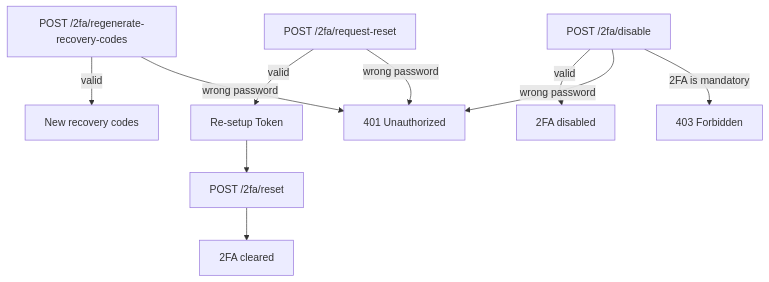
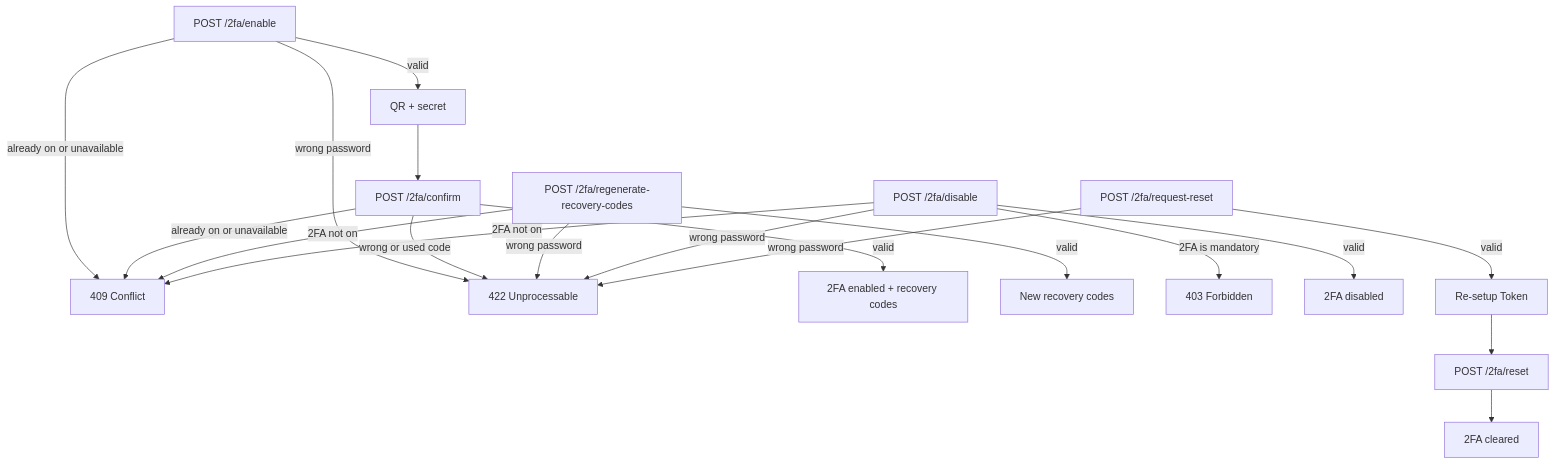
The second of 2 diagrams in docs/google-2fa.md (Light-it-labs/lightit-auth-laravel), drawn with Mermaid before and after one commit. The commit also changed other lines of this file and 29 other files, not shown here.

````diff
--- a/docs/google-2fa.md
+++ b/docs/google-2fa.md
@@ -241,14 +297,24 @@
 ```mermaid
 flowchart TD
-    Regenerate[POST /2fa/regenerate-recovery-codes] -- wrong password --> E401[401 Unauthorized]
+    Enable[POST /2fa/enable] -- already on or unavailable --> E409[409 Conflict]
+    Enable -- wrong password --> E422[422 Unprocessable]
+    Enable -- valid --> Secret[QR + secret]
+    Secret --> Confirm[POST /2fa/confirm]
+    Confirm -- already on or unavailable --> E409
+    Confirm -- wrong or used code --> E422
+    Confirm -- valid --> Enabled[2FA enabled + recovery codes]
+
+    Regenerate[POST /2fa/regenerate-recovery-codes] -- 2FA not on --> E409
+    Regenerate -- wrong password --> E422
     Regenerate -- valid --> NewCodes[New recovery codes]
 
     Disable[POST /2fa/disable] -- 2FA is mandatory --> E403[403 Forbidden]
-    Disable -- wrong password --> E401
+    Disable -- 2FA not on --> E409
+    Disable -- wrong password --> E422
     Disable -- valid --> Disabled[2FA disabled]
 
-    RequestReset[POST /2fa/request-reset] -- wrong password --> E401
+    RequestReset[POST /2fa/request-reset] -- wrong password --> E422
     RequestReset -- valid --> ResetToken[Re-setup Token]
     ResetToken --> Reset[POST /2fa/reset]
     Reset --> Cleared[2FA cleared]
 ```
````
